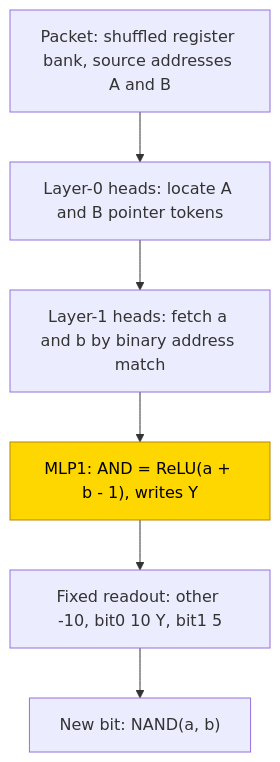
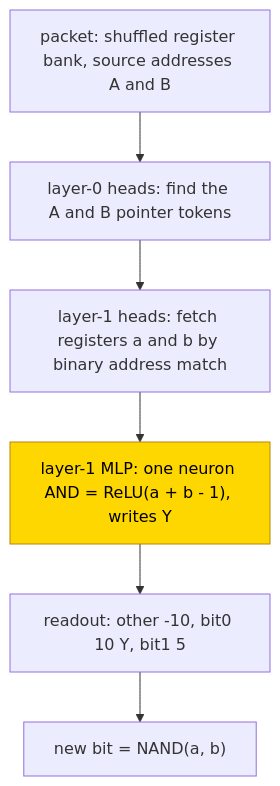
Before and after one commit to jc1122/mechanistic-interpretability-circuit-atlas: the first of 2 diagrams in entries/quadratic-roots.md, drawn with Mermaid. The commit also changed other lines of this file and 54 other files, not shown here.

````diff
--- a/entries/quadratic-roots.md
+++ b/entries/quadratic-roots.md
@@ -126,10 +109,10 @@
 ```mermaid
 flowchart TD
-    P["Packet: shuffled register bank, source addresses A and B"] --> L0["Layer-0 heads: locate A and B pointer tokens"]
-    L0 --> L1["Layer-1 heads: fetch a and b by binary address match"]
-    L1 --> M["MLP1: AND = ReLU(a + b - 1), writes Y"]
-    M --> R["Fixed readout: other -10, bit0 10 Y, bit1 5"]
-    R --> Y["New bit: NAND(a, b)"]
+    P["packet: shuffled register bank, source addresses A and B"] --> L0["layer-0 heads: find the A and B pointer tokens"]
+    L0 --> L1["layer-1 heads: fetch registers a and b by binary address match"]
+    L1 --> M["layer-1 MLP: one neuron AND = ReLU(a + b - 1), writes Y"]
+    M --> R["readout: other -10, bit0 10 Y, bit1 5"]
+    R --> Y["new bit = NAND(a, b)"]
     classDef trained fill:gold,stroke:darkgoldenrod,color:black
     class M trained
 ```
````
